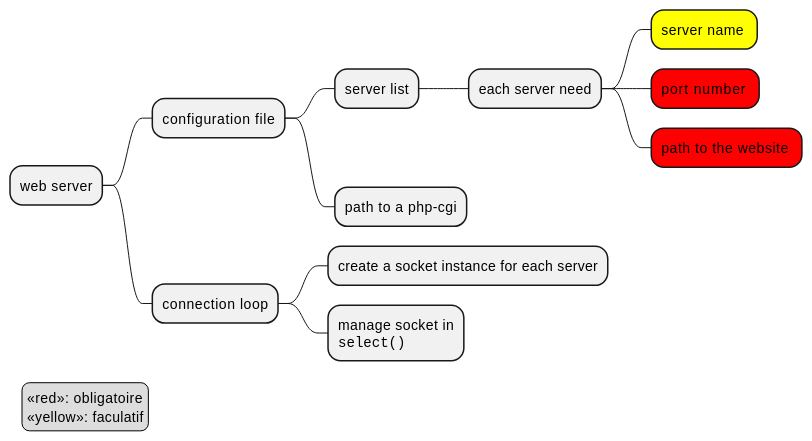
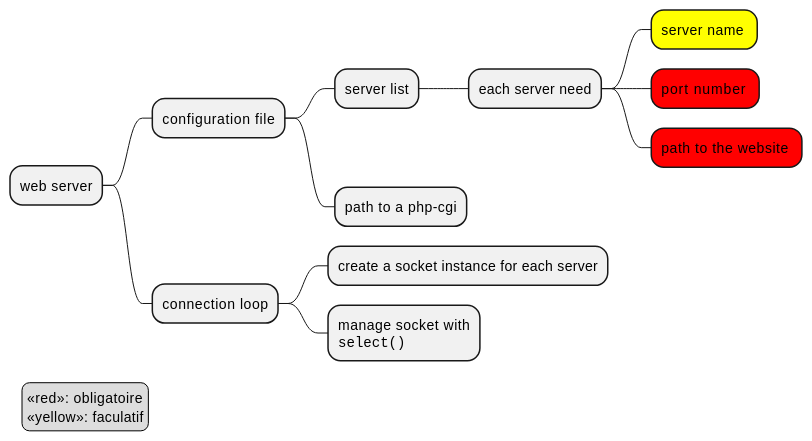
Before and after one commit to t-h2o/webserv: the first of 8 diagrams in docs/README.adoc, drawn with PlantUML. The commit also changed 2 other files, not shown here.

Commit message:
docs: in -> with select()

```diff
--- a/docs/README.adoc
+++ b/docs/README.adoc
@@ -10,45 +10,45 @@
 [plantuml, target=mindmap, format=svg, width=60%]
 ....
 @startmindmap
 
 <style>
 mindmapDiagram {
   .green {
     BackgroundColor lightgreen
   }
   .rose {
     BackgroundColor #FFBBCC
   }
   .red {
     BackgroundColor red
   }
   .yellow {
     BackgroundColor yellow
   }
   .blue {
     BackgroundColor lightblue
   }
 }
 </style>
 
 * web server
 ** configuration file
 *** server list
 **** each server need
 ***** server name <<yellow>>
 ***** port number <<red>>
 ***** path to the website <<red>>
 *** path to a php-cgi
 ** connection loop
 *** create a socket instance for each server
-***:manage socket in
+***:manage socket with
 <code>
 select()
 </code>;
 
 legend left
   <<red>>: obligatoire
   <<yellow>>: faculatif
 endlegend
 @endmindmap
 ....
```
